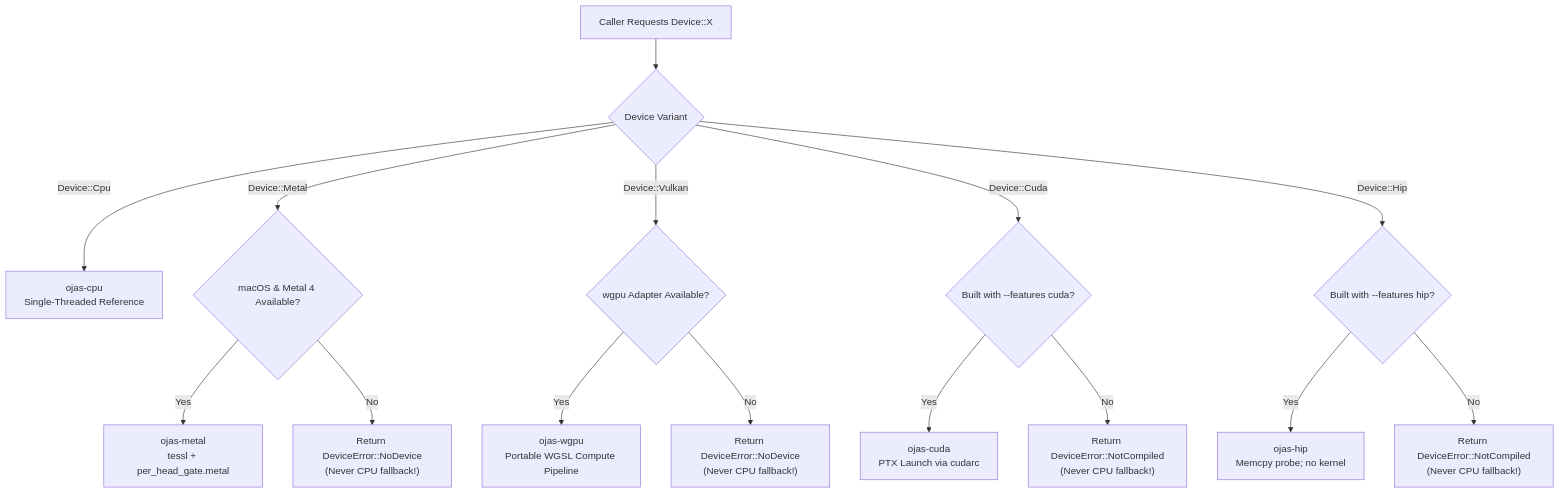
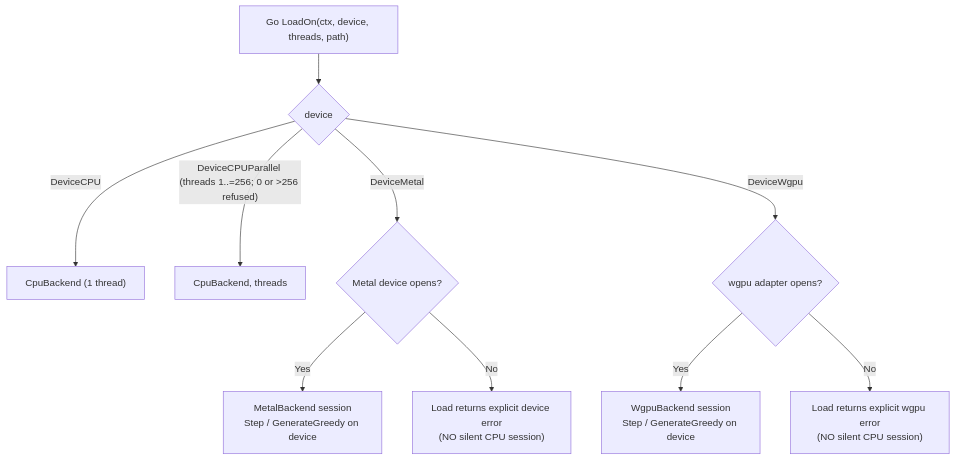
One commit to bharathvbcr/ojas changed the first of 3 diagrams in docs/backends.md. Above: the diagram before and after it, drawn with Mermaid. The commit also changed other lines of this file and 341 other files, not shown here.

````diff
--- a/docs/backends.md
+++ b/docs/backends.md
@@ -13,22 +15,14 @@
 ```mermaid
 flowchart TD
-    Request["Caller Requests Device::X"] --> Match{"Device Variant"}
+    LoadOn["Go LoadOn(ctx, device, threads, path)"] --> Kind{"device"}
 
-    Match -->|Device::Cpu| CPU["ojas-cpu\nSingle-Threaded Reference"]
-    
-    Match -->|Device::Metal| MetalCheck{"macOS & Metal 4 Available?"}
-    MetalCheck -->|Yes| MetalPath["ojas-metal\ntessl + per_head_gate.metal"]
-    MetalCheck -->|No| MetalFail["Return DeviceError::NoDevice\n(Never CPU fallback!)"]
+    Kind -->|DeviceCPU| CPU["CpuBackend (1 thread)"]
+    Kind -->|"DeviceCPUParallel (threads 1..=256; 0 or >256 refused)"| CPUP["CpuBackend, threads"]
+    Kind -->|DeviceMetal| Metal{"Metal device opens?"}
+    Kind -->|DeviceWgpu| Wgpu{"wgpu adapter opens?"}
 
-    Match -->|Device::Vulkan| WgpuCheck{"wgpu Adapter Available?"}
-    WgpuCheck -->|Yes| WgpuPath["ojas-wgpu\nPortable WGSL Compute Pipeline"]
-    WgpuCheck -->|No| WgpuFail["Return DeviceError::NoDevice\n(Never CPU fallback!)"]
-
-    Match -->|Device::Cuda| CudaCheck{"Built with --features cuda?"}
-    CudaCheck -->|Yes| CudaPath["ojas-cuda\nPTX Launch via cudarc"]
-    CudaCheck -->|No| CudaFail["Return DeviceError::NotCompiled\n(Never CPU fallback!)"]
-
-    Match -->|Device::Hip| HipCheck{"Built with --features hip?"}
-    HipCheck -->|Yes| HipPath["ojas-hip\nMemcpy probe; no kernel"]
-    HipCheck -->|No| HipFail["Return DeviceError::NotCompiled\n(Never CPU fallback!)"]
+    Metal -->|Yes| MetalB["MetalBackend session\nStep / GenerateGreedy on device"]
+    Metal -->|No| MetalErr["Load returns explicit device error\n(NO silent CPU session)"]
+    Wgpu -->|Yes| WgpuB["WgpuBackend session\nStep / GenerateGreedy on device"]
+    Wgpu -->|No| WgpuErr["Load returns explicit wgpu error\n(NO silent CPU session)"]
 ```
````
